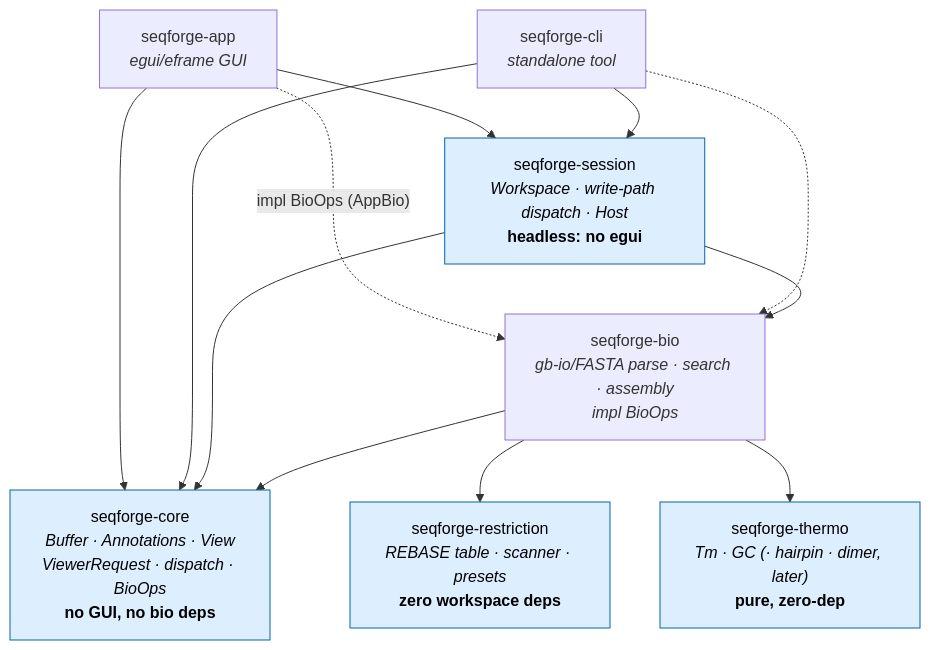
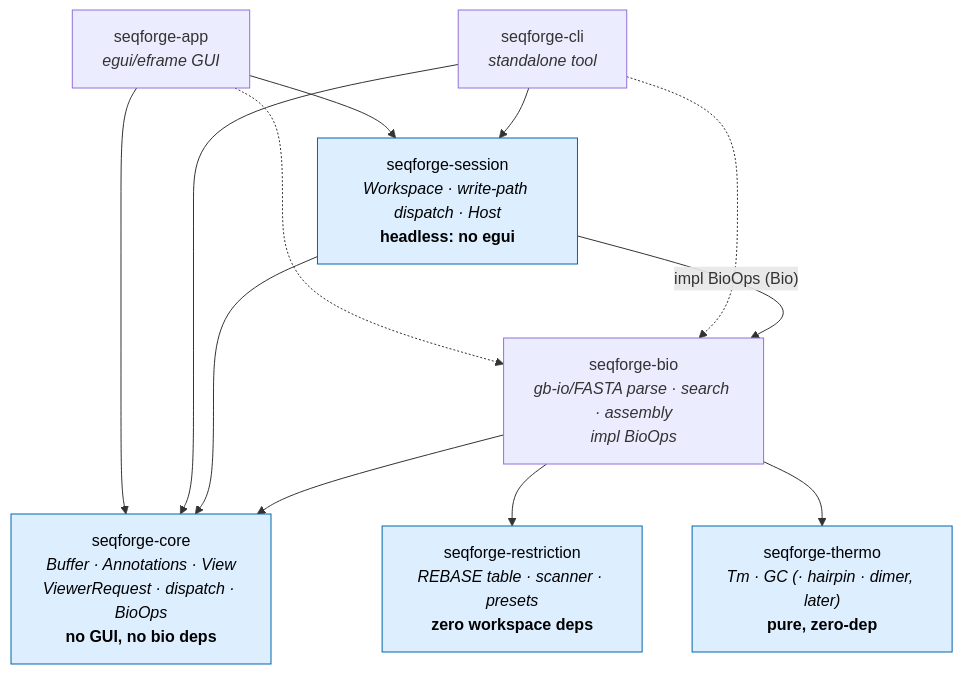
The first of 2 diagrams in docs/architecture.md (cmoscy/seqforge), drawn with Mermaid before and after one commit. The commit also changed other lines of this file and 5 other files, not shown here.

````diff
--- a/docs/architecture.md
+++ b/docs/architecture.md
@@ -13,25 +13,25 @@
 ```mermaid
 flowchart TD
     app["seqforge-app<br/><i>egui/eframe GUI</i>"]
     cli["seqforge-cli<br/><i>standalone tool</i>"]
     sess["seqforge-session<br/><i>Workspace · write-path dispatch · Host</i><br/><b>headless: no egui</b>"]
     core["seqforge-core<br/><i>Buffer · Annotations · View<br/>ViewerRequest · dispatch · BioOps</i><br/><b>no GUI, no bio deps</b>"]
     bio["seqforge-bio<br/><i>gb-io/FASTA parse · search · assembly<br/>impl BioOps</i>"]
     restr["seqforge-restriction<br/><i>REBASE table · scanner · presets</i><br/><b>zero workspace deps</b>"]
     thermo["seqforge-thermo<br/><i>Tm · GC (· hairpin · dimer, later)</i><br/><b>pure, zero-dep</b>"]
 
     app --> sess
     cli --> sess
     app --> core
     cli --> core
-    app -.->|"impl BioOps (AppBio)"| bio
+    app -.-> bio
     cli -.-> bio
     sess --> core
-    sess --> bio
+    sess -->|"impl BioOps (Bio)"| bio
     bio --> core
     bio --> restr
     bio --> thermo
 
     classDef pure fill:#def,stroke:#06a,color:#000;
     class core,restr,thermo,sess pure;
 ```
````
